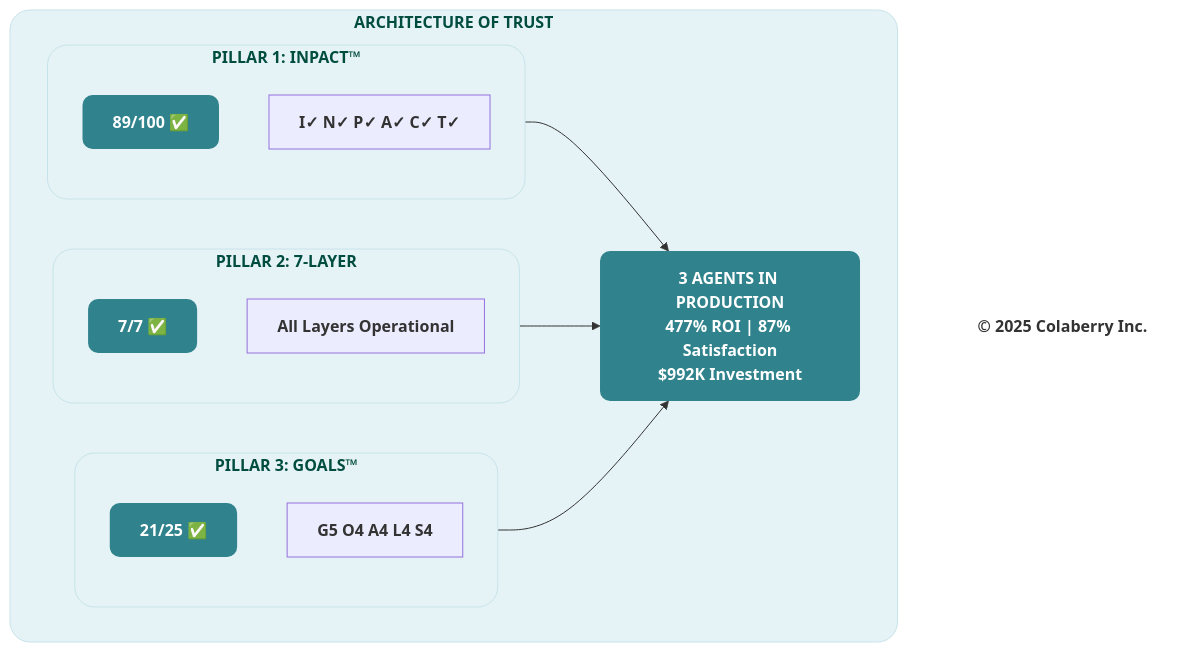
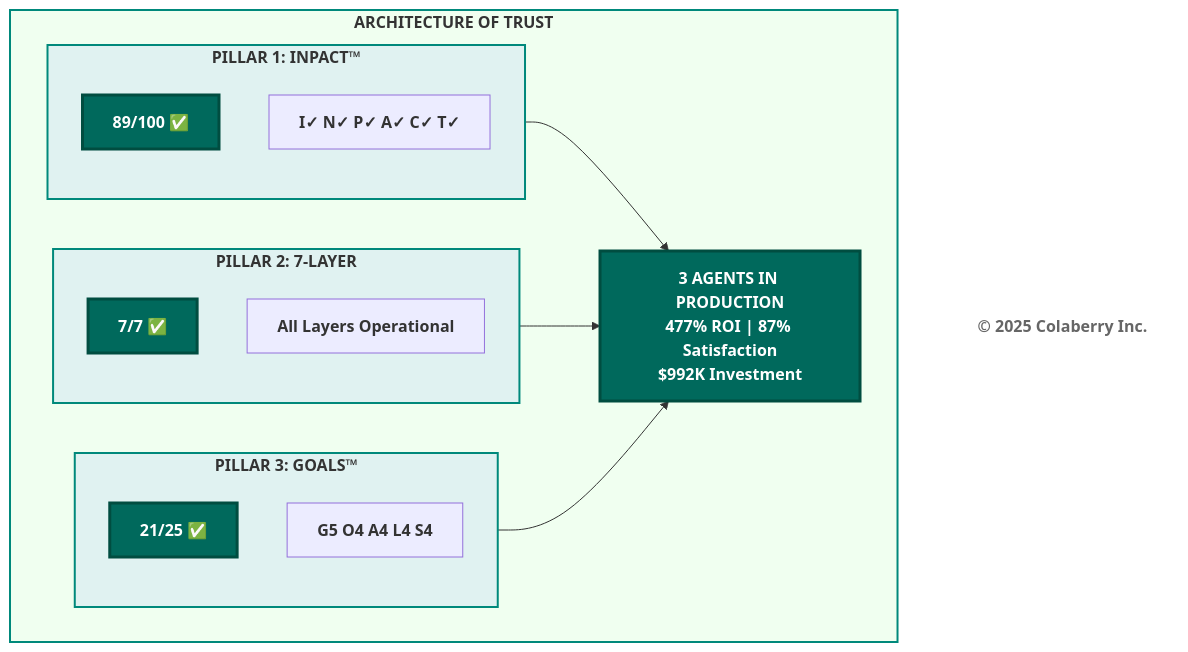
Before and after one commit to saitejesh-cyber/trust-before-intelligence-book: the ninth of 11 diagrams in manuscript/09_chapter_8_architecture_of_trust_in_action.md, drawn with Mermaid. The commit also changed other lines of this file and 12 other files, not shown here.

Commit message:
Restore legacy Mermaid styles for Option 1

````diff
--- a/manuscript/09_chapter_8_architecture_of_trust_in_action.md
+++ b/manuscript/09_chapter_8_architecture_of_trust_in_action.md
@@ -761,37 +761,37 @@
 ```mermaid
 graph TB
   subgraph COMPLETE["<b>ARCHITECTURE OF TRUST</b>"]
     subgraph P1["<b>PILLAR 1: INPACT™</b>"]
       I1["<b>89/100 ✅</b>"]
       I2["<b>I✓ N✓ P✓ A✓ C✓ T✓</b>"]
     end
     
     subgraph P2["<b>PILLAR 2: 7-LAYER</b>"]
       L1["<b>7/7 ✅</b>"]
       L2["<b>All Layers Operational</b>"]
     end
     
     subgraph P3["<b>PILLAR 3: GOALS™</b>"]
       G1["<b>21/25 ✅</b>"]
       G2["<b>G5 O4 A4 L4 S4</b>"]
     end
     
     RESULT["<b>3 AGENTS IN PRODUCTION</b><br/><b>477% ROI | 87% Satisfaction</b><br/><b>$992K Investment</b>"]
   end
   
   P1 --> RESULT
   P2 --> RESULT
   P3 --> RESULT
   
-  style COMPLETE fill:#e6f3f6,stroke:#c7e3ea,stroke-width:1px,color:#004d40,rx:20,ry:20
-  style P1 fill:#e6f3f6,stroke:#c7e3ea,stroke-width:1px,color:#004d40,rx:20,ry:20
-  style P2 fill:#e6f3f6,stroke:#c7e3ea,stroke-width:1px,color:#004d40,rx:20,ry:20
-  style P3 fill:#e6f3f6,stroke:#c7e3ea,stroke-width:1px,color:#004d40,rx:20,ry:20
-  style I1 fill:#30838C,stroke:none,color:#ffffff,rx:10,ry:10
-  style L1 fill:#30838C,stroke:none,color:#ffffff,rx:10,ry:10
-  style G1 fill:#30838C,stroke:none,color:#ffffff,rx:10,ry:10
-  style RESULT fill:#30838C,stroke:none,color:#ffffff,rx:10,ry:10
+  style COMPLETE fill:#f0fff0,stroke:#00897b,stroke-width:2px
+  style P1 fill:#e0f2f1,stroke:#00897b,stroke-width:2px
+  style P2 fill:#e0f2f1,stroke:#00897b,stroke-width:2px
+  style P3 fill:#e0f2f1,stroke:#00897b,stroke-width:2px
+  style I1 fill:#00695c,color:#ffffff,stroke:#004d40,stroke-width:3px
+  style L1 fill:#00695c,color:#ffffff,stroke:#004d40,stroke-width:3px
+  style G1 fill:#00695c,color:#ffffff,stroke:#004d40,stroke-width:3px
+  style RESULT fill:#00695c,color:#ffffff,stroke:#004d40,stroke-width:3px
   
   Copyright["<b>© 2025 Colaberry Inc.</b>"]
-  style Copyright fill:none,stroke:none,color:#333333
+  style Copyright fill:#ffffff,stroke:none,color:#666666
 ```
````
